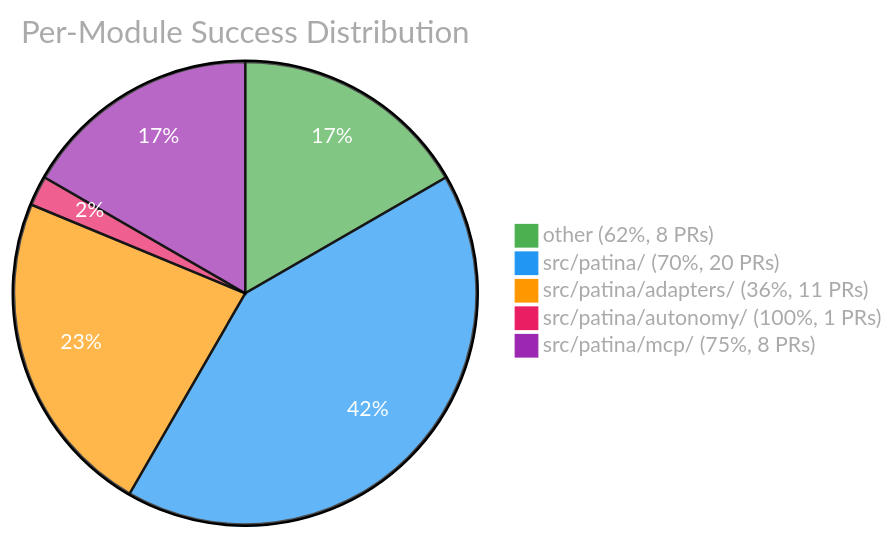
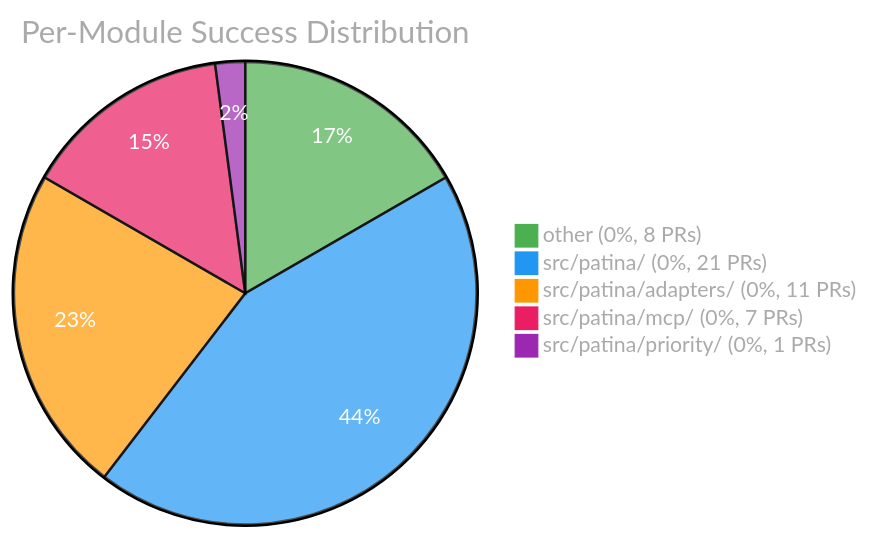
Before and after one commit to Sanctum-Origo-Systems/patina: the third of 3 diagrams in EVAL.md, drawn with Mermaid. The commit also changed other lines of this file and 1 other file, not shown here.

````diff
--- a/EVAL.md
+++ b/EVAL.md
@@ -43,9 +50,9 @@
 ```mermaid
 %%{init: {'theme': 'base', 'themeVariables': {'pie1': '#4CAF50', 'pie2': '#2196F3', 'pie3': '#FF9800', 'pie4': '#E91E63', 'pie5': '#9C27B0', 'pie6': '#00BCD4', 'pieTitleTextColor': '#aaa', 'pieLegendTextColor': '#aaa', 'pieSectionTextColor': '#fff'}}}%%
 pie title Per-Module Success Distribution
-    "other (62%, 8 PRs)" : 8
-    "src/patina/ (70%, 20 PRs)" : 20
-    "src/patina/adapters/ (36%, 11 PRs)" : 11
-    "src/patina/autonomy/ (100%, 1 PRs)" : 1
-    "src/patina/mcp/ (75%, 8 PRs)" : 8
+    "other (0%, 8 PRs)" : 8
+    "src/patina/ (0%, 21 PRs)" : 21
+    "src/patina/adapters/ (0%, 11 PRs)" : 11
+    "src/patina/mcp/ (0%, 7 PRs)" : 7
+    "src/patina/priority/ (0%, 1 PRs)" : 1
 ```
````
